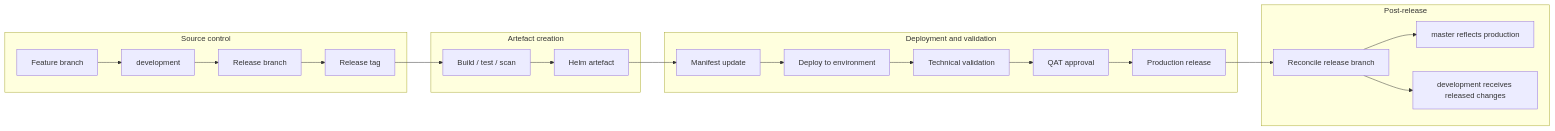
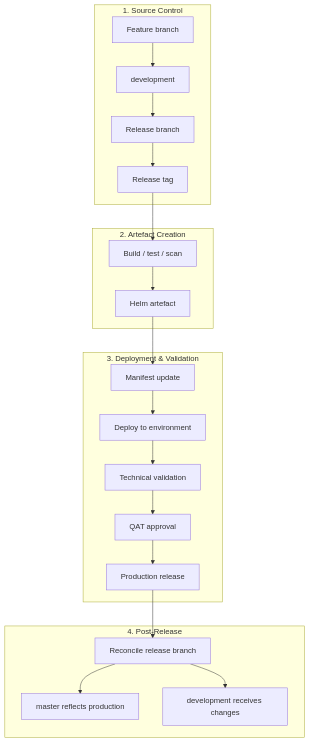
One commit to benanaktaspusulait/branching-strategy changed the first of 3 diagrams in docs/current-release-operating-model.md. Above: the diagram before and after it, drawn with Mermaid.

Commit message:
"Remove outdated pre-meeting brief and process summary documents."

````diff
--- a/docs/current-release-operating-model.md
+++ b/docs/current-release-operating-model.md
@@ -77,27 +77,35 @@
 ```mermaid
-flowchart LR
-  subgraph SC["Source control"]
+flowchart TD
+  subgraph SC["1. Source Control"]
     FB["Feature branch"] --> DEV["development"]
     DEV --> REL["Release branch"]
     REL --> TAG["Release tag"]
   end
 
-  subgraph BUILD["Artefact creation"]
-    TAG --> CI["Build / test / scan"]
-    CI --> HELM["Helm artefact"]
+  subgraph BUILD["2. Artefact Creation"]
+    CI["Build / test / scan"]
+    HELM["Helm artefact"]
+    CI --> HELM
   end
 
-  subgraph DEPLOY["Deployment and validation"]
-    HELM --> MAN["Manifest update"]
-    MAN --> ENV["Deploy to environment"]
-    ENV --> TECH["Technical validation"]
-    TECH --> QAT["QAT approval"]
-    QAT --> PROD["Production release"]
+  subgraph DEPLOY["3. Deployment & Validation"]
+    MAN["Manifest update"]
+    ENV["Deploy to environment"]
+    TECH["Technical validation"]
+    QAT["QAT approval"]
+    PROD["Production release"]
+    MAN --> ENV --> TECH --> QAT --> PROD
   end
 
-  subgraph POST["Post-release"]
-    PROD --> REC["Reconcile release branch"]
-    REC --> MASTER["master reflects production"]
-    REC --> DEVBACK["development receives released changes"]
+  subgraph POST["4. Post-Release"]
+    REC["Reconcile release branch"]
+    MASTER["master reflects production"]
+    DEVBACK["development receives changes"]
+    REC --> MASTER
+    REC --> DEVBACK
   end
+
+  TAG --> CI
+  HELM --> MAN
+  PROD --> REC
 ```
````
